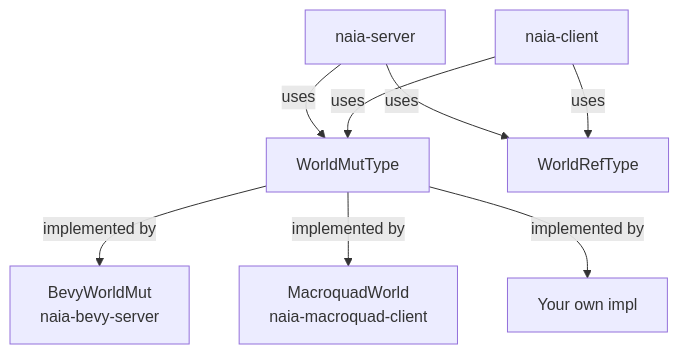
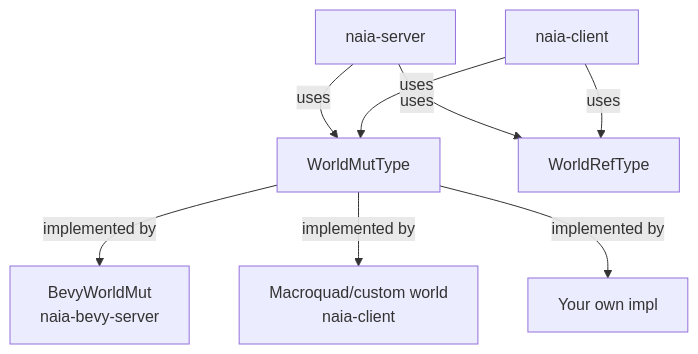
The diagram in book/src/adapters/overview.md (naia-lib/naia), drawn with Mermaid before and after one commit. The commit also changed other lines of this file and 41 other files, not shown here.

````diff
--- a/book/src/adapters/overview.md
+++ b/book/src/adapters/overview.md
@@ -86,10 +86,10 @@
 ```mermaid
 graph TD
     Server[naia-server] -->|uses| WorldMutType
     Server -->|uses| WorldRefType
     Client[naia-client] -->|uses| WorldMutType
     Client -->|uses| WorldRefType
     WorldMutType -->|implemented by| BevyWorld[BevyWorldMut<br/>naia-bevy-server]
-    WorldMutType -->|implemented by| MqWorld[MacroquadWorld<br/>naia-macroquad-client]
+    WorldMutType -->|implemented by| MqWorld[Macroquad/custom world<br/>naia-client]
     WorldMutType -->|implemented by| Custom[Your own impl]
 ```
````
